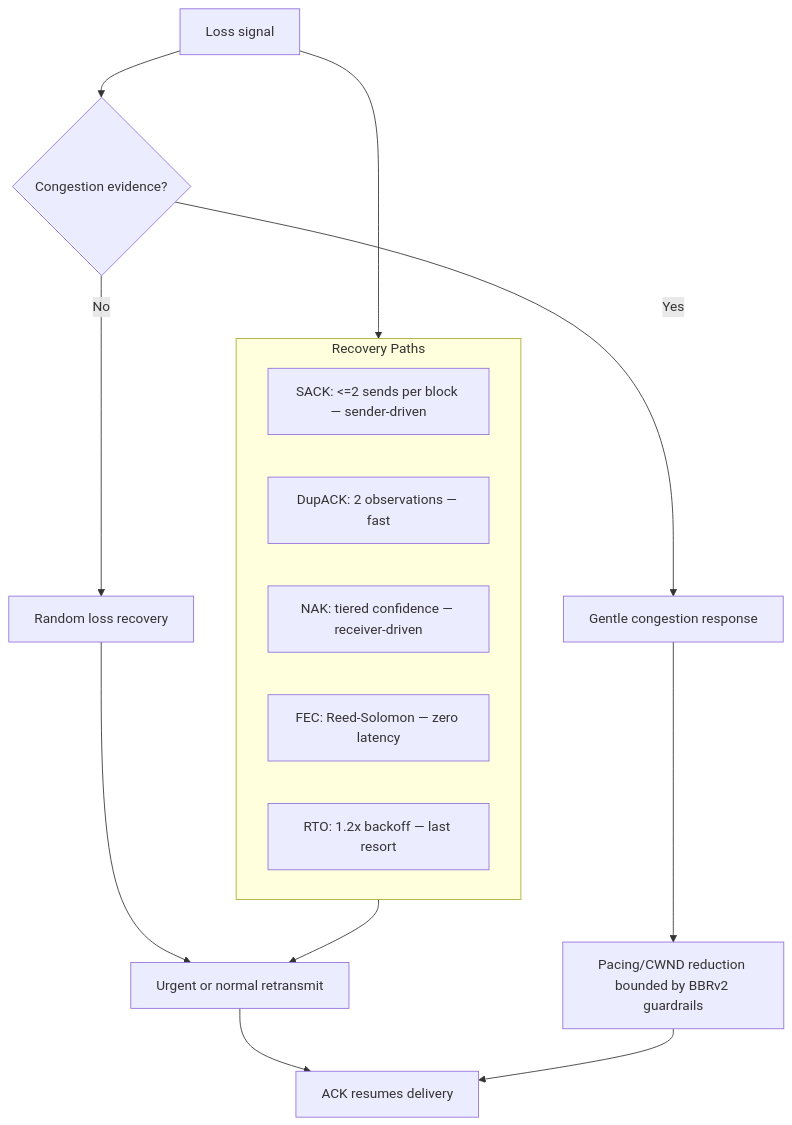
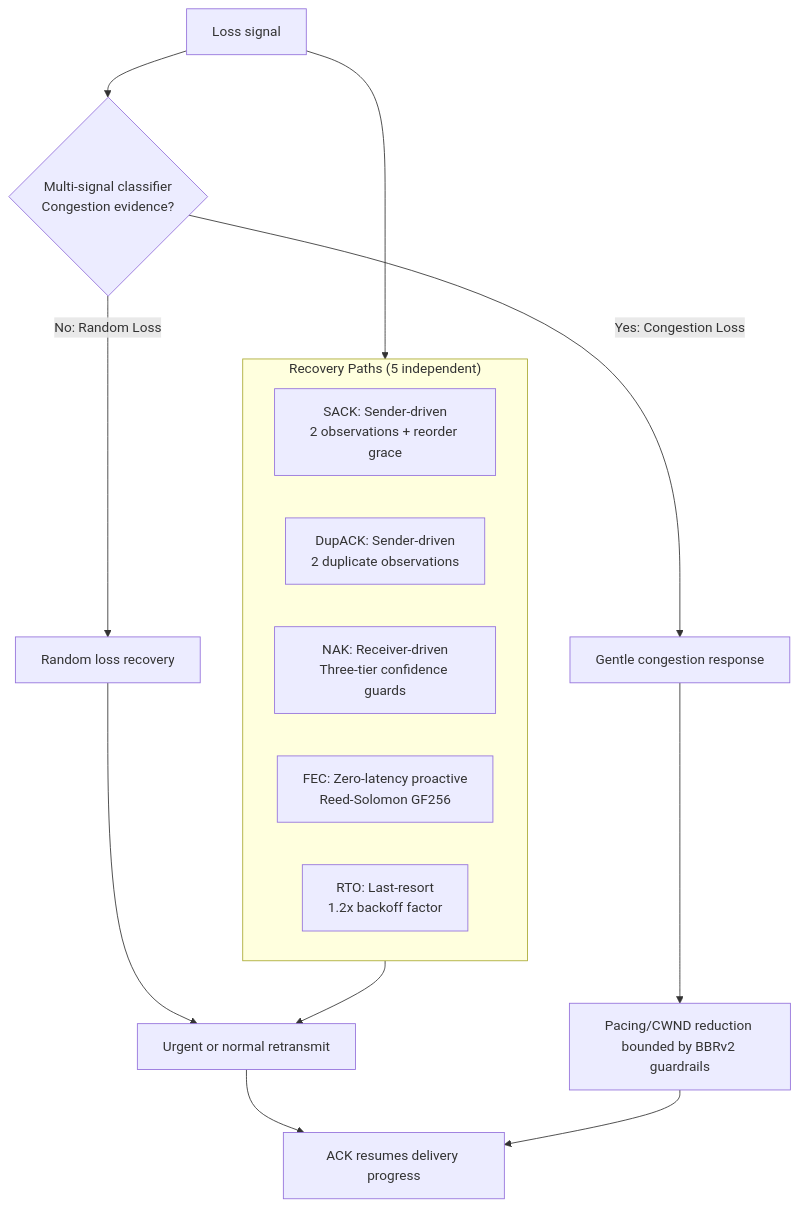
Before and after one commit to liulilittle/ucp: the first of 9 diagrams in docs/protocol.md, drawn with Mermaid. The commit also changed other lines of this file and 43 other files, not shown here.

````diff
--- a/docs/protocol.md
+++ b/docs/protocol.md
@@ -19,23 +19,23 @@
 ```mermaid
 flowchart TD
-    Loss[Loss signal] --> Classifier{Congestion evidence?}
-    Classifier -->|No| Random[Random loss recovery]
-    Classifier -->|Yes| Congestion[Gentle congestion response]
-
-    Random --> Repair[Urgent or normal retransmit]
-    Congestion --> Reduce[Pacing/CWND reduction bounded by BBRv2 guardrails]
-
-    Repair --> Ack[ACK resumes delivery]
+    Loss["Loss signal"] --> Classifier{"Multi-signal classifier<br/>Congestion evidence?"}
+    Classifier -->|"No: Random Loss"| Random["Random loss recovery"]
+    Classifier -->|"Yes: Congestion Loss"| Congestion["Gentle congestion response"]
+    
+    Random --> Repair["Urgent or normal retransmit"]
+    Congestion --> Reduce["Pacing/CWND reduction bounded by BBRv2 guardrails"]
+    
+    Repair --> Ack["ACK resumes delivery progress"]
     Reduce --> Ack
-
-    subgraph Recovery[Recovery Paths]
-        SACK[SACK: <=2 sends per block — sender-driven]
-        DupAck[DupACK: 2 observations — fast]
-        NAK[NAK: tiered confidence — receiver-driven]
-        FEC[FEC: Reed-Solomon — zero latency]
-        RTO[RTO: 1.2x backoff — last resort]
+    
+    subgraph Recovery["Recovery Paths (5 independent)"]
+        SACK["SACK: Sender-driven<br/>2 observations + reorder grace"]
+        DupAck["DupACK: Sender-driven<br/>2 duplicate observations"]
+        NAK["NAK: Receiver-driven<br/>Three-tier confidence guards"]
+        FEC["FEC: Zero-latency proactive<br/>Reed-Solomon GF256"]
+        RTO["RTO: Last-resort<br/>1.2x backoff factor"]
     end
-
+    
     Loss --> Recovery
     Recovery --> Repair
 ```
````
